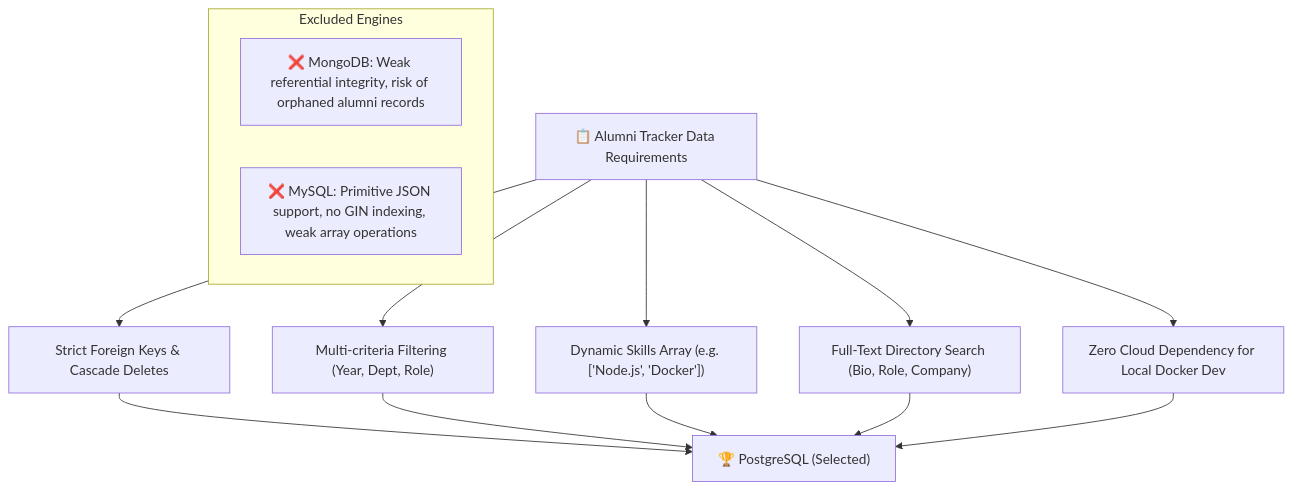
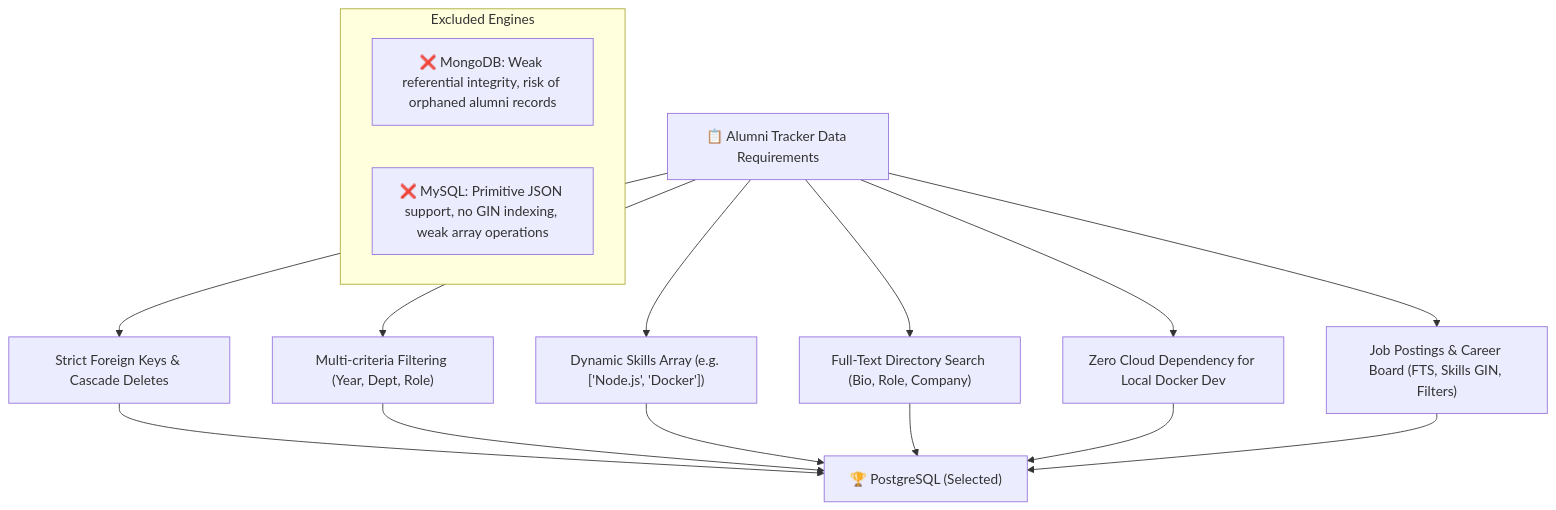
Before and after one commit to mehmetrasid0/Alumni: the first of 8 diagrams in DDD.md, drawn with Mermaid. The commit also changed other lines of this file and 2 other files, not shown here.

Commit message:
docs(ddd): synchronize CDM, LDM, DDL and README milestones reflecting pure M:N career architecture

````diff
--- a/DDD.md
+++ b/DDD.md
@@ -56,19 +58,21 @@
 ```mermaid
 graph TD
     REQ["📋 Alumni Tracker Data Requirements"] --> R1["Strict Foreign Keys & Cascade Deletes"]
     REQ --> R2["Multi-criteria Filtering (Year, Dept, Role)"]
     REQ --> R3["Dynamic Skills Array (e.g. ['Node.js', 'Docker'])"]
     REQ --> R4["Full-Text Directory Search (Bio, Role, Company)"]
     REQ --> R5["Zero Cloud Dependency for Local Docker Dev"]
+    REQ --> R6["Job Postings & Career Board (FTS, Skills GIN, Filters)"]
 
     R1 --> POSTGRES["🏆 PostgreSQL (Selected)"]
     R2 --> POSTGRES
     R3 --> POSTGRES
     R4 --> POSTGRES
     R5 --> POSTGRES
+    R6 --> POSTGRES
 
     subgraph REJECTED ["Excluded Engines"]
         MONGO["❌ MongoDB: Weak referential integrity, risk of orphaned alumni records"]
         MYSQL["❌ MySQL: Primitive JSON support, no GIN indexing, weak array operations"]
     end
 ```
````
